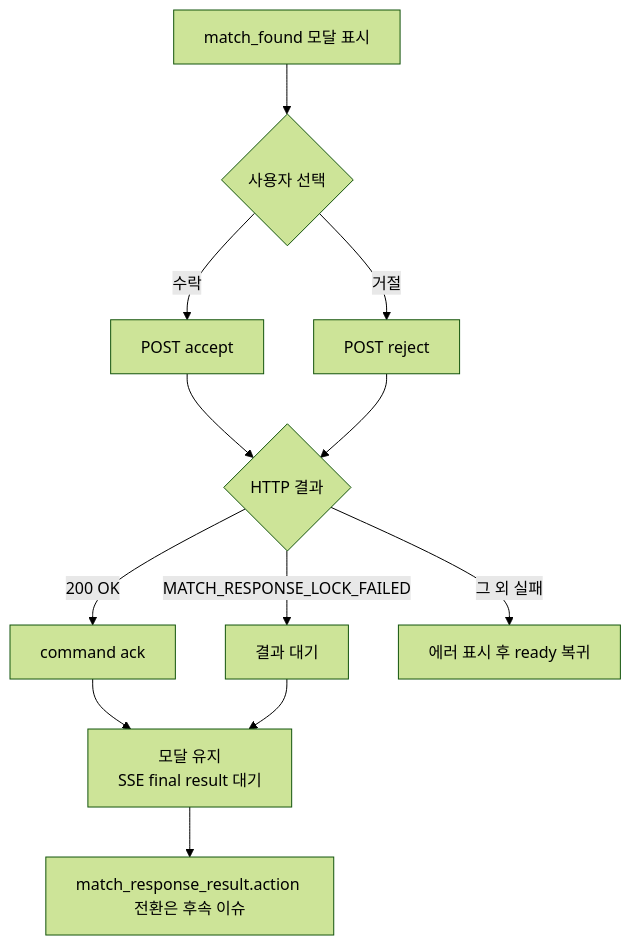
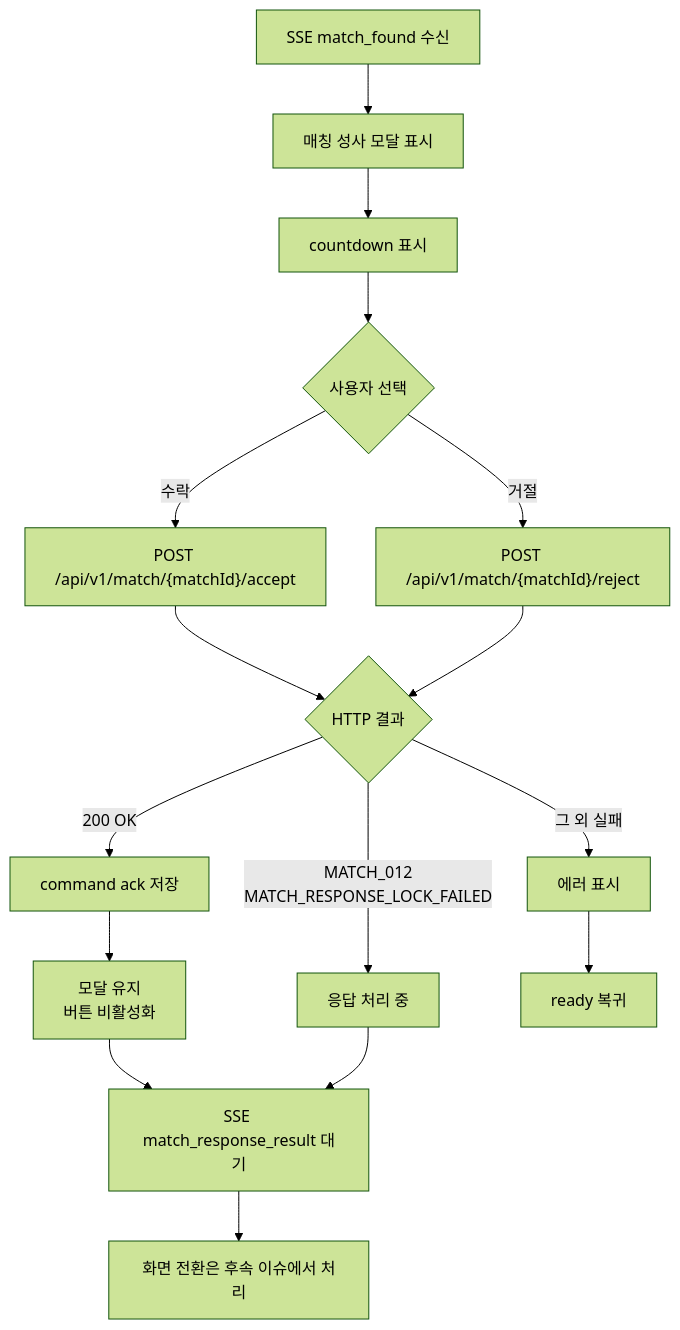
Before and after one commit to moonwhistle/League-of-Star: the second of 2 diagrams in docs/antigravity/frontend/issue-82-match-accept-reject-command.md, drawn with Mermaid (forest theme). The commit also changed other lines of this file and 3 other files, not shown here.

````diff
--- a/docs/antigravity/frontend/issue-82-match-accept-reject-command.md
+++ b/docs/antigravity/frontend/issue-82-match-accept-reject-command.md
@@ -211,14 +214,18 @@
 ```mermaid
 flowchart TD
-    A["match_found 모달 표시"] --> B{"사용자 선택"}
-    B -->|수락| C["POST accept"]
-    B -->|거절| D["POST reject"]
-    C --> E{"HTTP 결과"}
-    D --> E
-    E -->|200 OK| F["command ack"]
-    F --> G["모달 유지<br/>SSE final result 대기"]
-    E -->|MATCH_RESPONSE_LOCK_FAILED| H["결과 대기"]
-    H --> G
-    E -->|그 외 실패| I["에러 표시 후 ready 복귀"]
-    G --> J["match_response_result.action 전환은 후속 이슈"]
+    A["SSE match_found 수신"] --> B["매칭 성사 모달 표시"]
+    B --> C["countdown 표시"]
+    C --> D{"사용자 선택"}
+    D -->|수락| E["POST /api/v1/match/{matchId}/accept"]
+    D -->|거절| F["POST /api/v1/match/{matchId}/reject"]
+    E --> G{"HTTP 결과"}
+    F --> G
+    G -->|200 OK| H["command ack 저장"]
+    H --> I["모달 유지<br/>버튼 비활성화"]
+    I --> J["SSE match_response_result 대기"]
+    G -->|MATCH_012<br/>MATCH_RESPONSE_LOCK_FAILED| K["응답 처리 중"]
+    K --> J
+    G -->|그 외 실패| L["에러 표시"]
+    L --> M["ready 복귀"]
+    J --> N["화면 전환은 후속 이슈에서 처리"]
 ```
````
